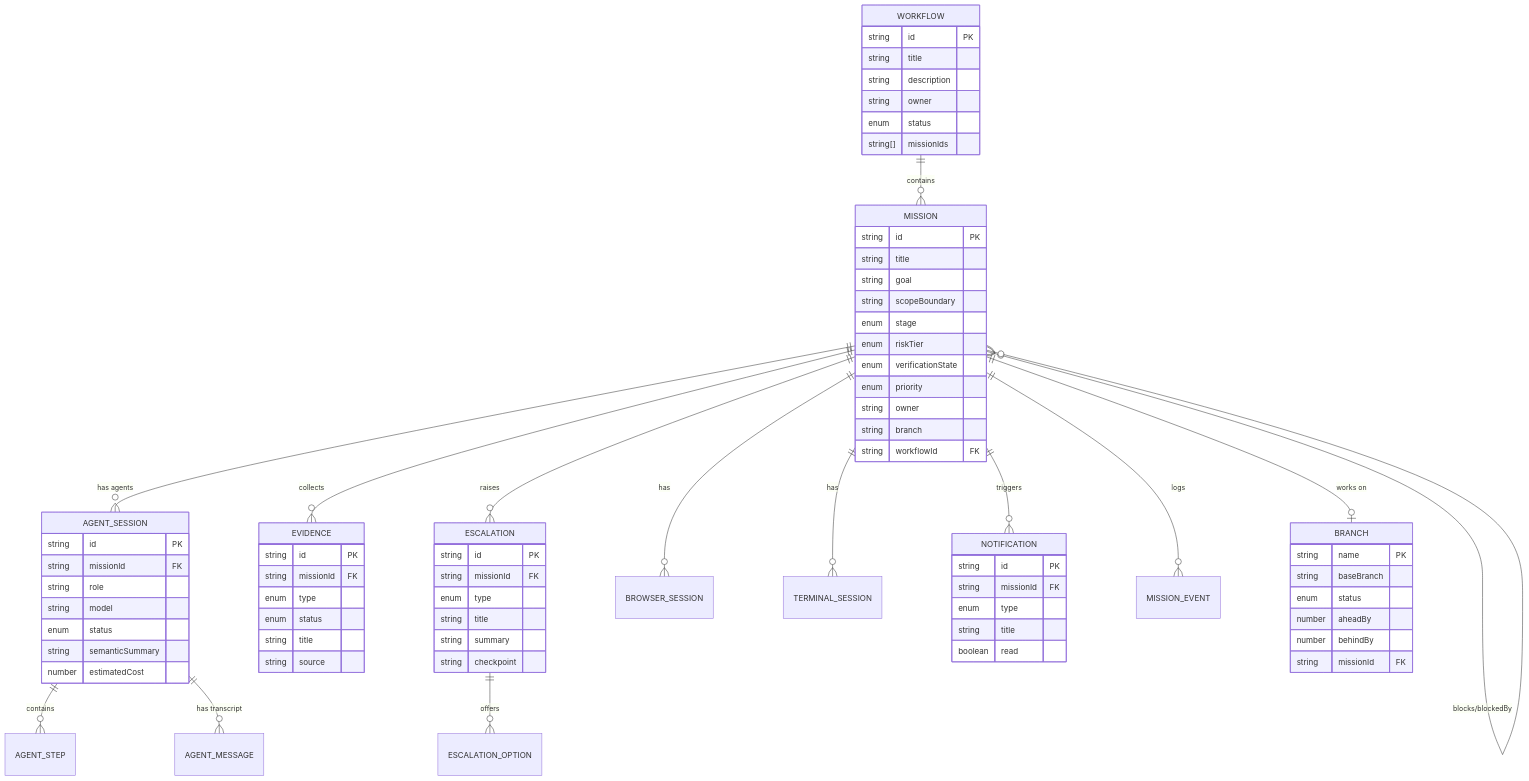
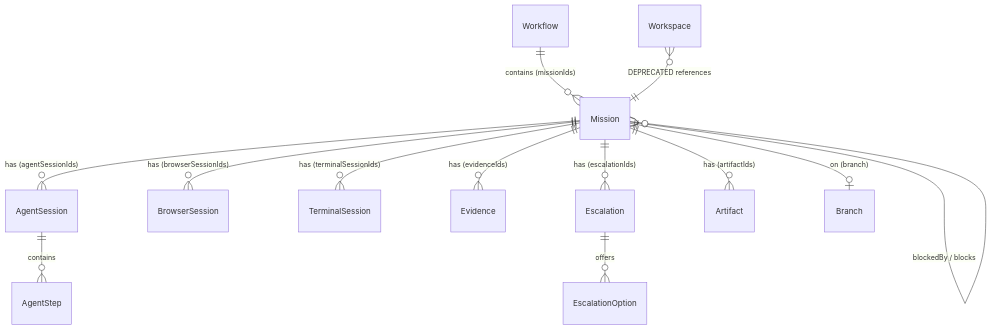
The diagram in docs/hci/conceptual-model.md (45ck/mission-control-ui), drawn with Mermaid before and after one commit. The commit also changed other lines of this file and 51 other files, not shown here.

````diff
--- a/docs/hci/conceptual-model.md
+++ b/docs/hci/conceptual-model.md
@@ -242,77 +54,15 @@
 ```mermaid
 erDiagram
-    WORKFLOW ||--o{ MISSION : contains
-    MISSION ||--o{ AGENT_SESSION : "has agents"
-    MISSION ||--o{ EVIDENCE : "collects"
-    MISSION ||--o{ ESCALATION : "raises"
-    MISSION ||--o{ BROWSER_SESSION : "has"
-    MISSION ||--o{ TERMINAL_SESSION : "has"
-    MISSION ||--o{ NOTIFICATION : "triggers"
-    MISSION ||--o{ MISSION_EVENT : "logs"
-    MISSION ||--o| BRANCH : "works on"
-    MISSION }o--o{ MISSION : "blocks/blockedBy"
-    AGENT_SESSION ||--o{ AGENT_STEP : "contains"
-    AGENT_SESSION ||--o{ AGENT_MESSAGE : "has transcript"
-    ESCALATION ||--o{ ESCALATION_OPTION : "offers"
-    WORKFLOW {
-        string id PK
-        string title
-        string description
-        string owner
-        enum status
-        string[] missionIds
-    }
-    MISSION {
-        string id PK
-        string title
-        string goal
-        string scopeBoundary
-        enum stage
-        enum riskTier
-        enum verificationState
-        enum priority
-        string owner
-        string branch
-        string workflowId FK
-    }
-    AGENT_SESSION {
-        string id PK
-        string missionId FK
-        string role
-        string model
-        enum status
-        string semanticSummary
-        number estimatedCost
-    }
-    EVIDENCE {
-        string id PK
-        string missionId FK
-        enum type
-        enum status
-        string title
-        string source
-    }
-    ESCALATION {
-        string id PK
-        string missionId FK
-        enum type
-        string title
-        string summary
-        string checkpoint
-    }
-    NOTIFICATION {
-        string id PK
-        string missionId FK
-        enum type
-        string title
-        boolean read
-    }
-    BRANCH {
-        string name PK
-        string baseBranch
-        enum status
-        number aheadBy
-        number behindBy
-        string missionId FK
-    }
+    Workflow ||--o{ Mission : "contains (missionIds)"
+    Mission ||--o{ AgentSession : "has (agentSessionIds)"
+    Mission ||--o{ BrowserSession : "has (browserSessionIds)"
+    Mission ||--o{ TerminalSession : "has (terminalSessionIds)"
+    Mission ||--o{ Evidence : "has (evidenceIds)"
+    Mission ||--o{ Escalation : "has (escalationIds)"
+    Mission ||--o{ Artifact : "has (artifactIds)"
+    Mission ||--o| Branch : "on (branch)"
+    Mission }o--o{ Mission : "blockedBy / blocks"
+    Escalation ||--o{ EscalationOption : "offers"
+    AgentSession ||--o{ AgentStep : "contains"
+    Workspace }o--|| Mission : "DEPRECATED references"
 ```
````
